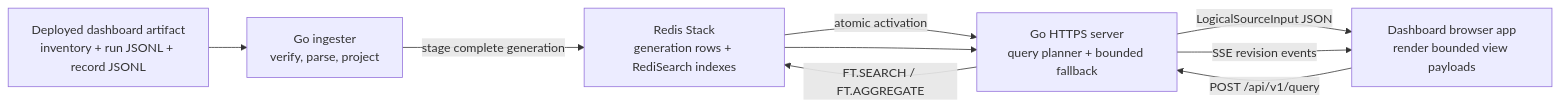
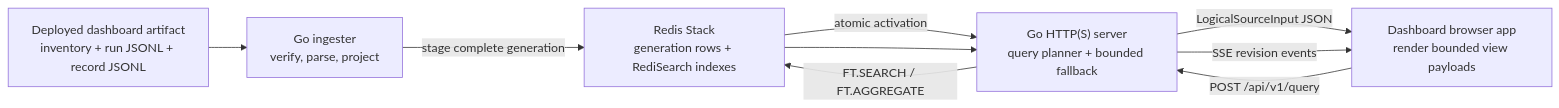
One commit to githubnext/gh-aw-cao changed the diagram in server/README.md. Above: the diagram before and after it, drawn with Mermaid. The commit also changed other lines of this file and 11 other files, not shown here.

````diff
--- a/server/README.md
+++ b/server/README.md
@@ -21,17 +21,17 @@
 ```mermaid
 flowchart LR
   Artifact["Deployed dashboard artifact<br/>inventory + run JSONL + record JSONL"]
   Ingest["Go ingester<br/>verify, parse, project"]
   Redis["Redis Stack<br/>generation rows + RediSearch indexes"]
-  API["Go HTTPS server<br/>query planner + bounded fallback"]
+  API["Go HTTP(S) server<br/>query planner + bounded fallback"]
   Browser["Dashboard browser app<br/>render bounded view payloads"]
 
   Artifact --> Ingest
   Ingest -->|"stage complete generation"| Redis
   Redis -->|"atomic activation"| API
   Browser -->|"POST /api/v1/query"| API
   API -->|"FT.SEARCH / FT.AGGREGATE"| Redis
   Redis --> API
   API -->|"LogicalSourceInput JSON"| Browser
   API -->|"SSE revision events"| Browser
 ```
````
